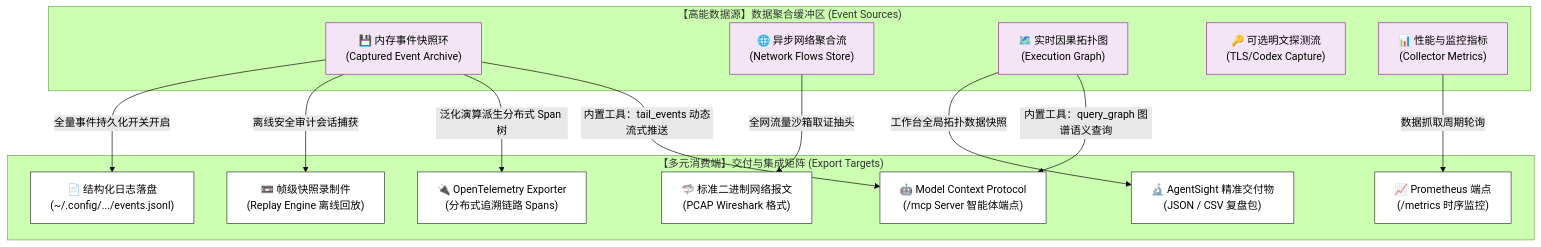
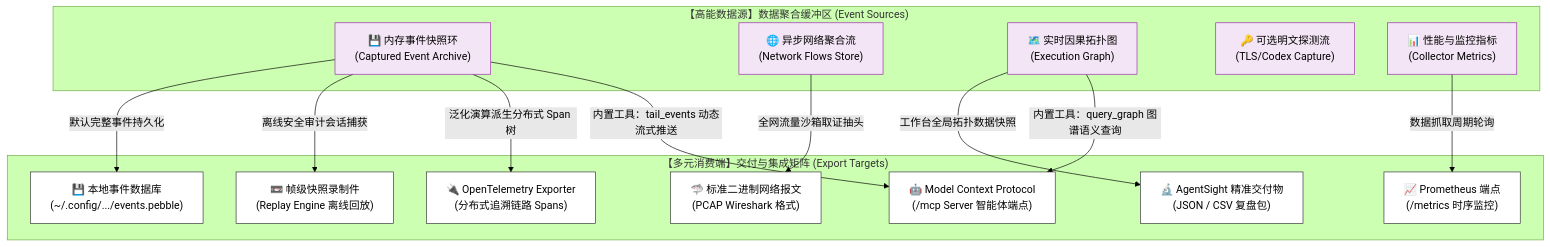
The sixth of 6 diagrams in docs/architecture/data-flow.md (stevessr/agent-ebpf-filter), drawn with Mermaid (forest theme) before and after one commit. The commit also changed other lines of this file, not shown here.

Commit message:
docs(storage): update data flow for Pebble backend

````diff
--- a/docs/architecture/data-flow.md
+++ b/docs/architecture/data-flow.md
@@ -238,35 +238,35 @@
 ```mermaid
 graph TB
     %% 样式精细化
     classDef srcCls fill:#f3e5f5,stroke:#9c27b0,stroke-width:1px;
     classDef tgtCls fill:#ffffff,stroke:#333,stroke-width:1px;
 
     subgraph Src_Block ["【高能数据源】数据聚合缓冲区 (Event Sources)"]
         Archive["💾 内存事件快照环<br/>(Captured Event Archive)"]:::srcCls
         Flows["🌐 异步网络聚合流<br/>(Network Flows Store)"]:::srcCls
         Graph["🗺️ 实时因果拓扑图<br/>(Execution Graph)"]:::srcCls
         TLS["🔑 可选明文探测流<br/>(TLS/Codex Capture)"]:::srcCls
         Metrics["📊 性能与监控指标<br/>(Collector Metrics)"]:::srcCls
     end
 
     subgraph Tgt_Block ["【多元消费端】交付与集成矩阵 (Export Targets)"]
-        JSONL["📄 结构化日志落盘<br/>(~/.config/.../events.jsonl)"]:::tgtCls
+        LocalDB["💾 本地事件数据库<br/>(~/.config/.../events.pebble)"]:::tgtCls
         Recording["📼 帧级快照录制件<br/>(Replay Engine 离线回放)"]:::tgtCls
         PCAP["🦈 标准二进制网络报文<br/>(PCAP Wireshark 格式)"]:::tgtCls
         AgentSight["🔬 AgentSight 精准交付物<br/>(JSON / CSV 复盘包)"]:::tgtCls
         OTLP["🔌 OpenTelemetry Exporter<br/>(分布式追溯链路 Spans)"]:::tgtCls
         Prometheus["📈 Prometheus 端点<br/>(/metrics 时序监控)"]:::tgtCls
         MCP["🤖 Model Context Protocol<br/>(/mcp Server 智能体端点)"]:::tgtCls
     end
 
     %% 流向绑定
-    Archive -->|全量事件持久化开关开启| JSONL
+    Archive -->|默认完整事件持久化| LocalDB
     Archive -->|离线安全审计会话捕获| Recording
     Flows -->|全网流量沙箱取证抽头| PCAP
     Graph -->|工作台全局拓扑数据快照| AgentSight
     Archive -->|泛化演算派生分布式 Span 树| OTLP
     Metrics -->|数据抓取周期轮询| Prometheus
     Archive -->|内置工具：tail_events 动态流式推送| MCP
     Graph -->|内置工具：query_graph 图谱语义查询| MCP
 
 ```
````
